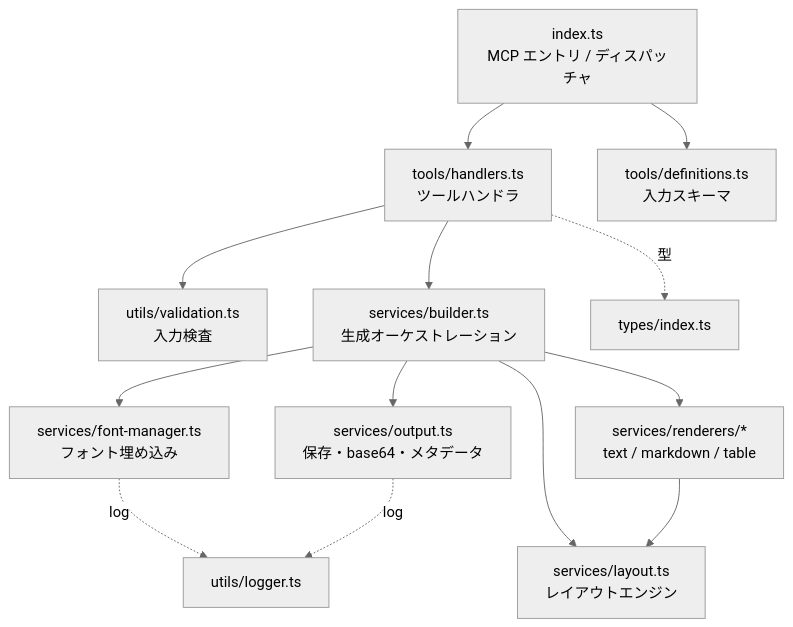
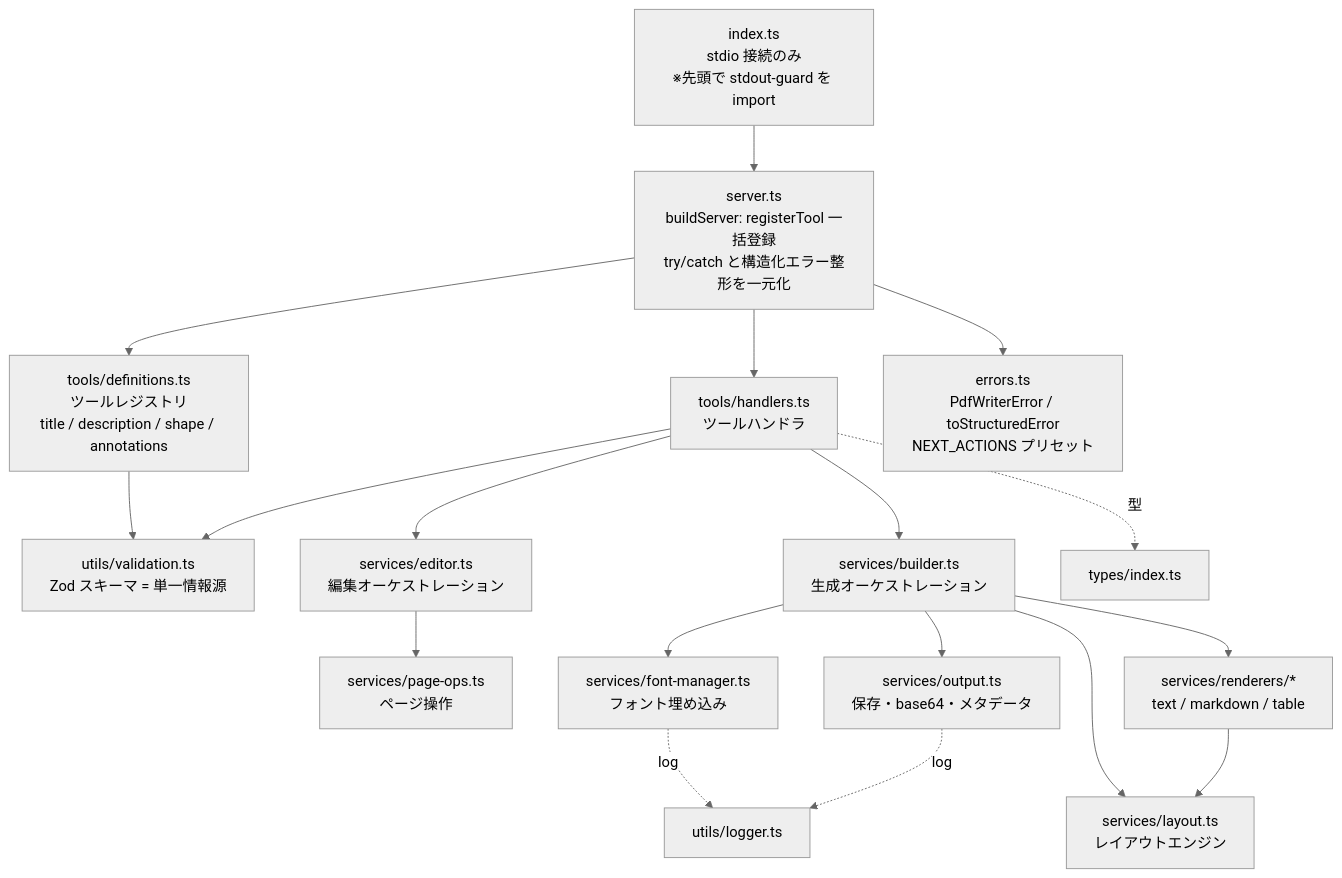
Before and after one commit to shuji-bonji/pdf-writer-mcp: the second of 8 diagrams in docs/DESIGN.md, drawn with Mermaid (neutral theme). The commit also changed other lines of this file and 4 other files, not shown here.

````diff
--- a/docs/DESIGN.md
+++ b/docs/DESIGN.md
@@ -132,15 +132,20 @@
 ```mermaid
 graph TD
-  A[index.ts<br/>MCP エントリ / ディスパッチャ] --> B[tools/handlers.ts<br/>ツールハンドラ]
-  A --> D[tools/definitions.ts<br/>入力スキーマ]
-  B --> C[utils/validation.ts<br/>入力検査]
+  A[index.ts<br/>stdio 接続のみ<br/>※先頭で stdout-guard を import] --> S[server.ts<br/>buildServer: registerTool 一括登録<br/>try/catch と構造化エラー整形を一元化]
+  S --> D[tools/definitions.ts<br/>ツールレジストリ<br/>title / description / shape / annotations]
+  S --> B[tools/handlers.ts<br/>ツールハンドラ]
+  S --> ER[errors.ts<br/>PdfWriterError / toStructuredError<br/>NEXT_ACTIONS プリセット]
+  D --> C[utils/validation.ts<br/>Zod スキーマ = 単一情報源]
+  B --> C
   B --> E[services/builder.ts<br/>生成オーケストレーション]
+  B --> ED[services/editor.ts<br/>編集オーケストレーション]
+  ED --> PO[services/page-ops.ts<br/>ページ操作]
   E --> F[services/font-manager.ts<br/>フォント埋め込み]
   E --> G[services/layout.ts<br/>レイアウトエンジン]
   E --> H[services/renderers/*<br/>text / markdown / table]
   E --> I[services/output.ts<br/>保存・base64・メタデータ]
   H --> G
   B -.型.-> T[types/index.ts]
   F -.log.-> L[utils/logger.ts]
   I -.log.-> L
 ```
````
